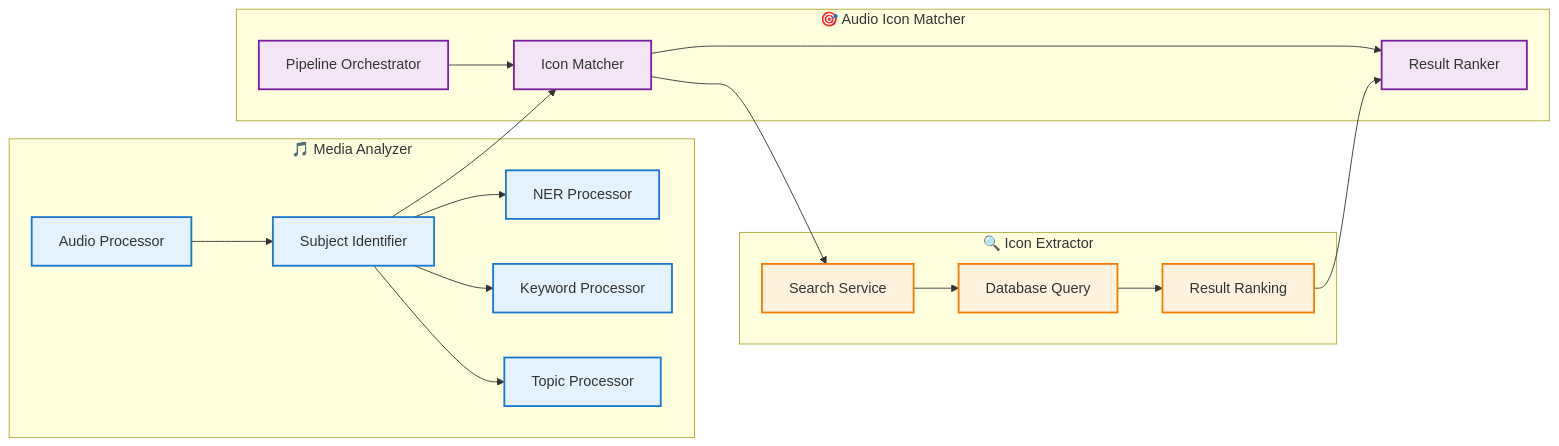
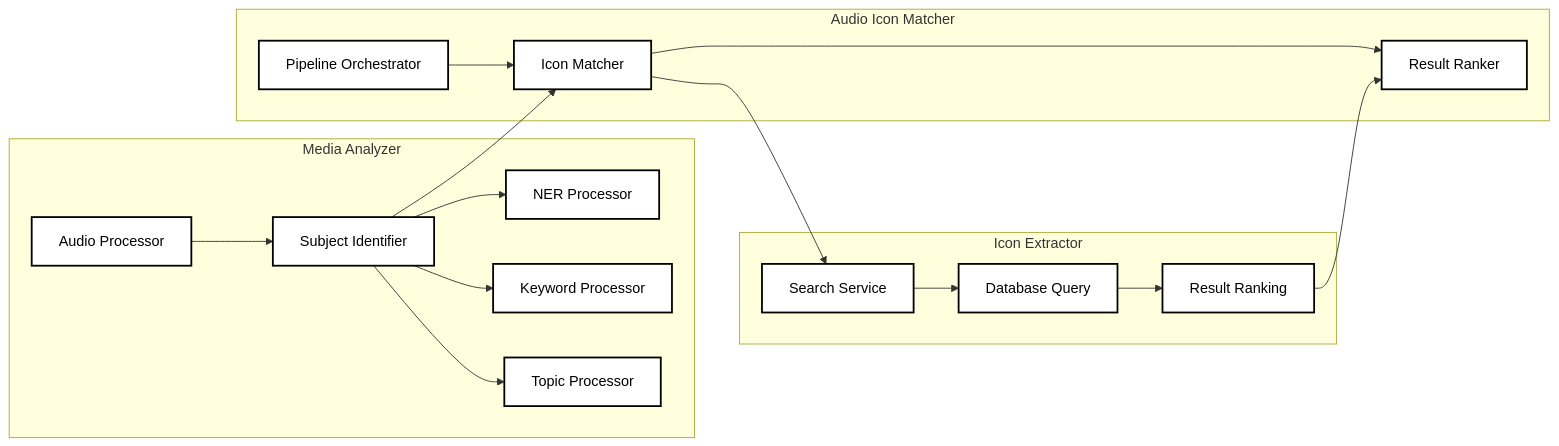
The second of 3 diagrams in docs/architecture.md (spryify/story-curator), drawn with Mermaid before and after one commit. The commit also changed other lines of this file, not shown here.

Commit message:
docs: Refine architecture documentation for clarity and consistency in component descriptions

````diff
--- a/docs/architecture.md
+++ b/docs/architecture.md
@@ -139,31 +133,28 @@
 ```mermaid
 flowchart LR
-    subgraph "🎵 Media Analyzer"
+    subgraph "Media Analyzer"
         A1[Audio Processor] --> A2[Subject Identifier]
         A2 --> A3[NER Processor]
         A2 --> A4[Keyword Processor] 
         A2 --> A5[Topic Processor]
     end
     
-    subgraph "🔍 Icon Extractor"
+    subgraph "Icon Extractor"
         B1[Search Service] --> B2[Database Query]
         B2 --> B3[Result Ranking]
     end
     
-    subgraph "🎯 Audio Icon Matcher"
+    subgraph "Audio Icon Matcher"
         C1[Pipeline Orchestrator] --> C2[Icon Matcher]
         C2 --> C3[Result Ranker]
     end
     
     A2 --> C2
     C2 --> B1
     B3 --> C3
     
-    classDef analyzer fill:#E3F2FD,stroke:#1976D2,stroke-width:2px
-    classDef extractor fill:#FFF3E0,stroke:#F57C00,stroke-width:2px
-    classDef matcher fill:#F3E5F5,stroke:#7B1FA2,stroke-width:2px
+    %% Clean black and white styling
+    classDef default fill:#fff,stroke:#000,stroke-width:2px,color:#000
     
-    class A1,A2,A3,A4,A5 analyzer
-    class B1,B2,B3 extractor
-    class C1,C2,C3 matcher
+    class A1,A2,A3,A4,A5,B1,B2,B3,C1,C2,C3 default
 ```
````
